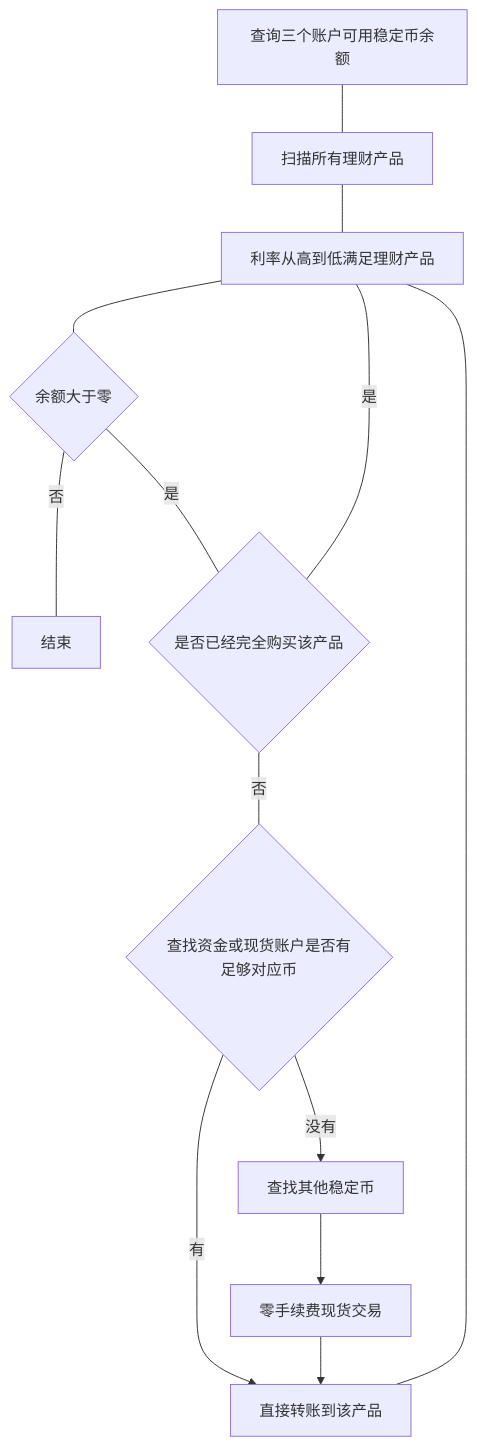
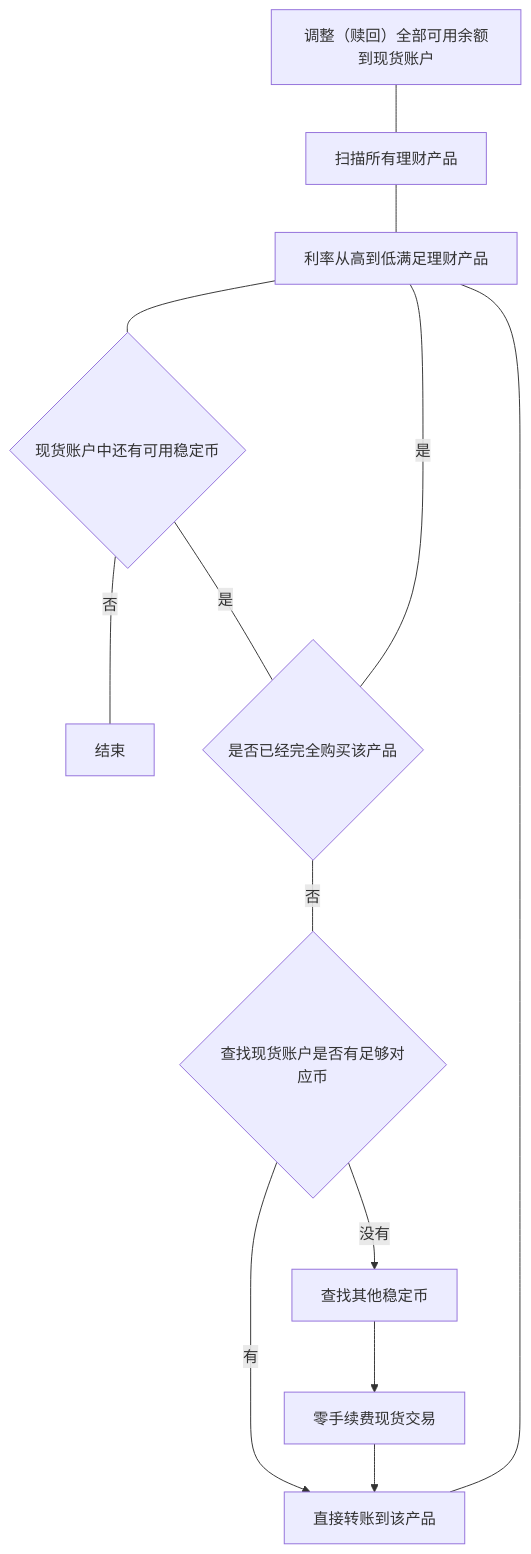
The diagram in README.md (chesha1/binance-earn-helper), drawn with Mermaid before and after one commit. The commit also changed 2 other files, not shown here.

Commit message:
refactor: 重构产品逻辑

````diff
--- a/README.md
+++ b/README.md
@@ -8,24 +8,25 @@
 ```mermaid
 graph TD
     A["利率从高到低满足理财产品"]
-    B{查找资金或现货账户是否有足够对应币}
+    B{查找现货账户是否有足够对应币}
     D["查找其他稳定币"]
     E["零手续费现货交易"]
     C["直接转账到该产品"]
-    n1["查询三个账户可用稳定币余额"]
-    n2{余额大于零}
+    
+    n2{"现货账户中还有可用稳定币"}
     n3["结束"]
     n4{是否已经完全购买该产品}
     n5["扫描所有理财产品"]
+    Z["调整（赎回）全部可用余额到现货账户"]
 
     B -->|有| C
     B -->|没有| D --> E --> C
     A --- n2
     n2 ---|"否"| n3
     n2 ---|"是"| n4
     n4 ---|"是"| A
     n4 ---|"否"| B
     C --- A
-	n1 --- n5
 	n5 --- A
+	Z --- n5
 ```
````
